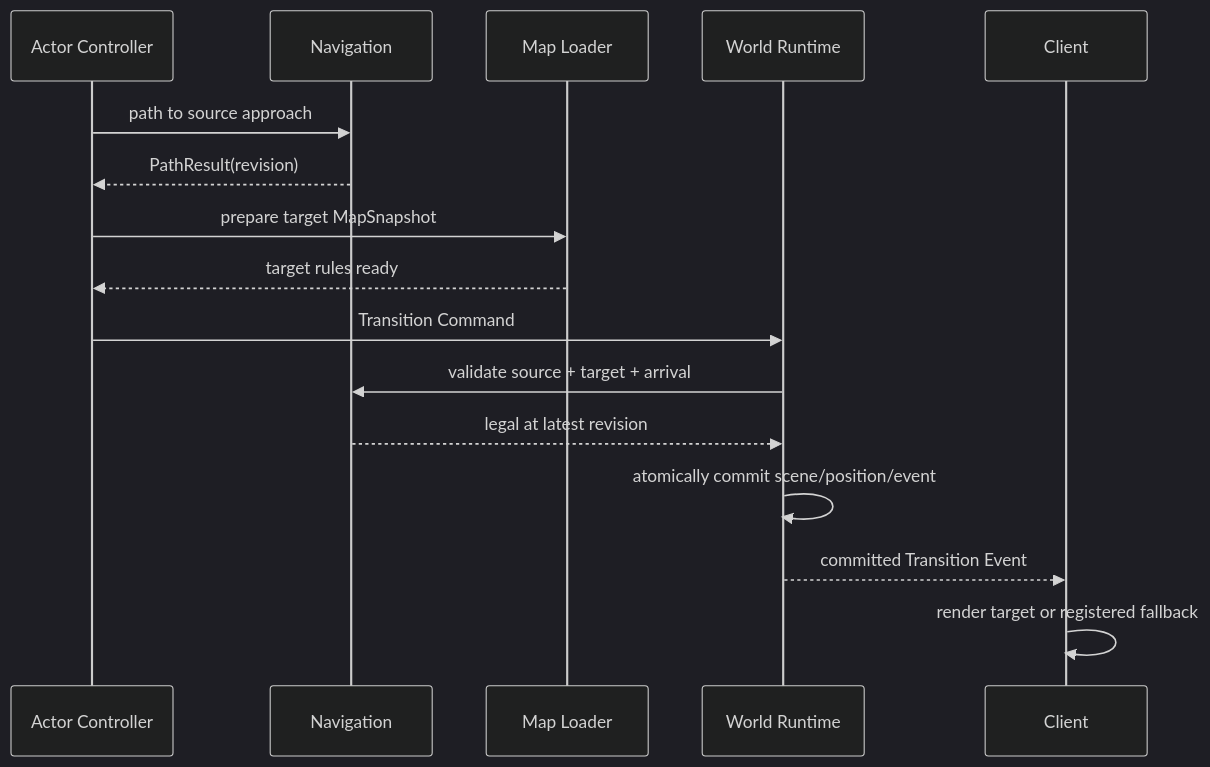
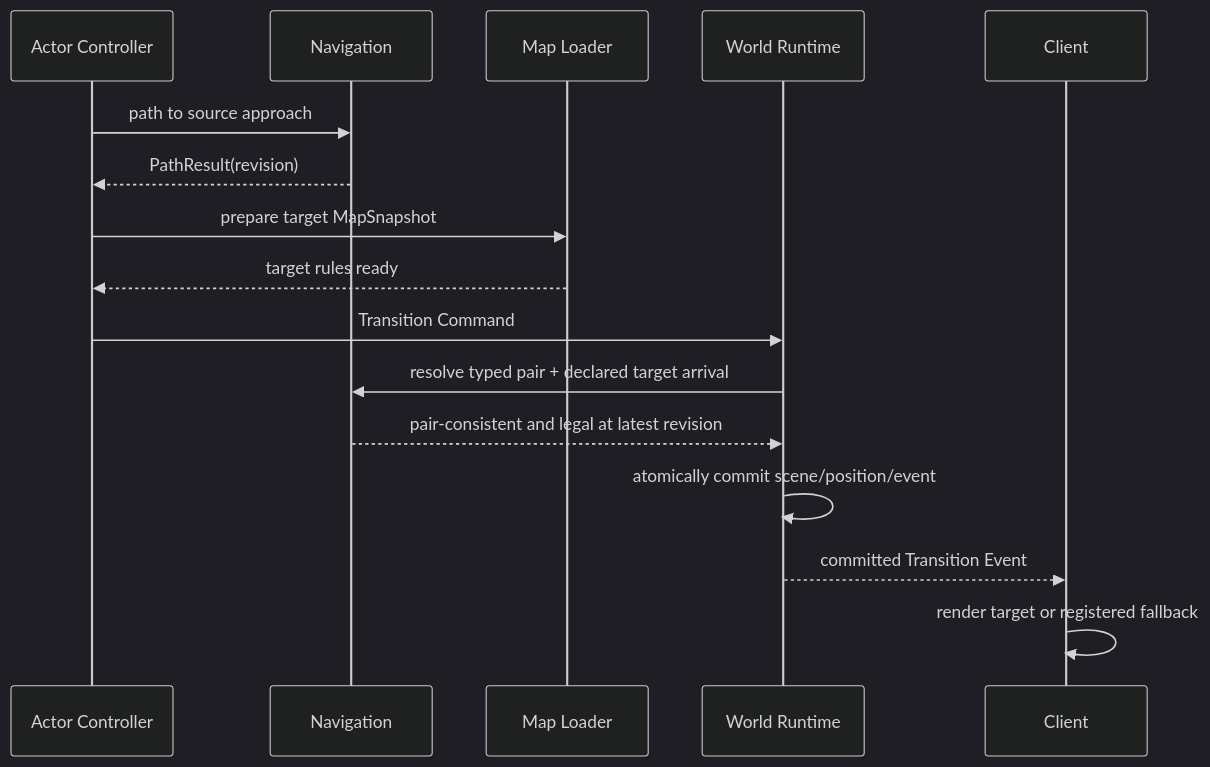
One commit to Darkdream595/AI-Town changed the diagram in docs/02-map-navigation/09-region-transitions.md. Above: the diagram before and after it, drawn with Mermaid (dark theme). The commit also changed other lines of this file and 4 other files, not shown here.

Commit message:
docs: 修复地图导航契约缺陷

````diff
--- a/docs/02-map-navigation/09-region-transitions.md
+++ b/docs/02-map-navigation/09-region-transitions.md
@@ -104,18 +118,18 @@
 ```mermaid
 sequenceDiagram
     participant A as Actor Controller
     participant N as Navigation
     participant L as Map Loader
     participant W as World Runtime
     participant C as Client
     A->>N: path to source approach
     N-->>A: PathResult(revision)
     A->>L: prepare target MapSnapshot
     L-->>A: target rules ready
     A->>W: Transition Command
-    W->>N: validate source + target + arrival
-    N-->>W: legal at latest revision
+    W->>N: resolve typed pair + declared target arrival
+    N-->>W: pair-consistent and legal at latest revision
     W->>W: atomically commit scene/position/event
     W-->>C: committed Transition Event
     C->>C: render target or registered fallback
 ```
````
